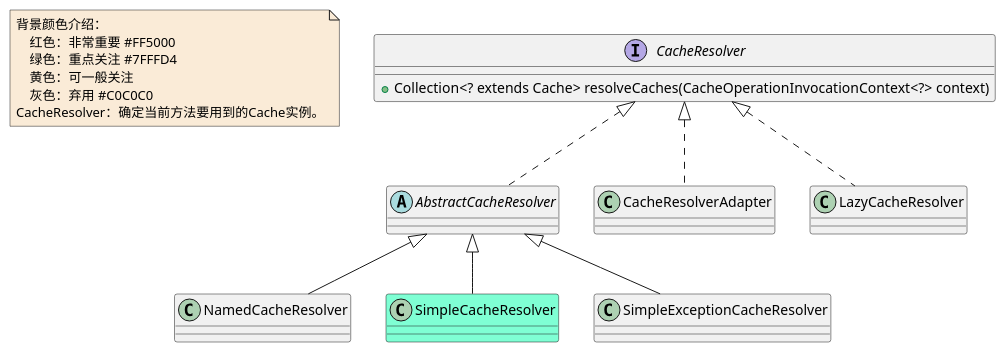
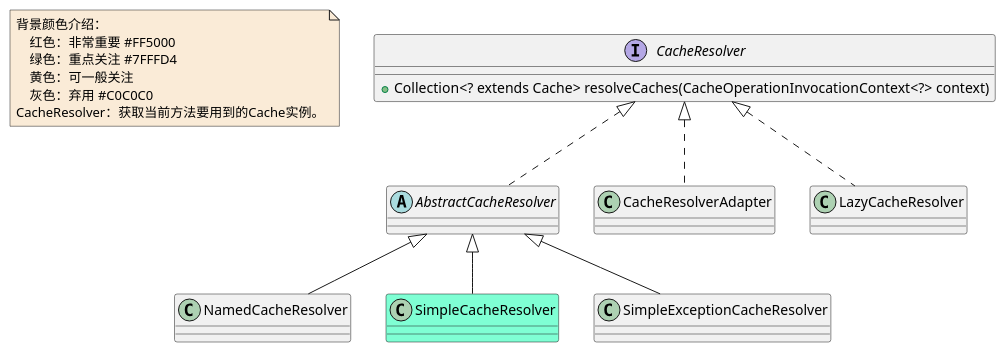
Before and after one commit to czwer/learn-spring-code: the diagram in document/spring/data/class/Cache-CacheResolver-class.puml, drawn with PlantUML. The commit also changed 14 other files, not shown here.

Commit message:
修改缓存类图，时序图

```diff
--- a/document/spring/data/class/Cache-CacheResolver-class.puml
+++ b/document/spring/data/class/Cache-CacheResolver-class.puml
@@ -1,38 +1,38 @@
 @startuml
 
 note  as N1 #FAEBD7
     背景颜色介绍：
         红色：非常重要 #FF5000
         绿色：重点关注 #7FFFD4
         黄色：可一般关注
         灰色：弃用 #C0C0C0
-    CacheResolver：确定当前方法要用到的Cache实例。
+    CacheResolver：获取当前方法要用到的Cache实例。
 end note
 
 
 interface CacheResolver
 CacheResolver : +Collection<? extends Cache> resolveCaches(CacheOperationInvocationContext<?> context)
 abstract class AbstractCacheResolver
 class CacheResolverAdapter
 class LazyCacheResolver
 class NamedCacheResolver
 class SimpleCacheResolver #7FFFD4
 class SimpleExceptionCacheResolver
 
 
 AbstractCacheResolver <|-- NamedCacheResolver
 AbstractCacheResolver <|-- SimpleCacheResolver
 AbstractCacheResolver <|-- SimpleExceptionCacheResolver
 
 
 
 CacheResolver <|.. AbstractCacheResolver
 CacheResolver <|.. CacheResolverAdapter
 CacheResolver <|.. LazyCacheResolver
 
 
 
 
 
 
 @enduml
```
